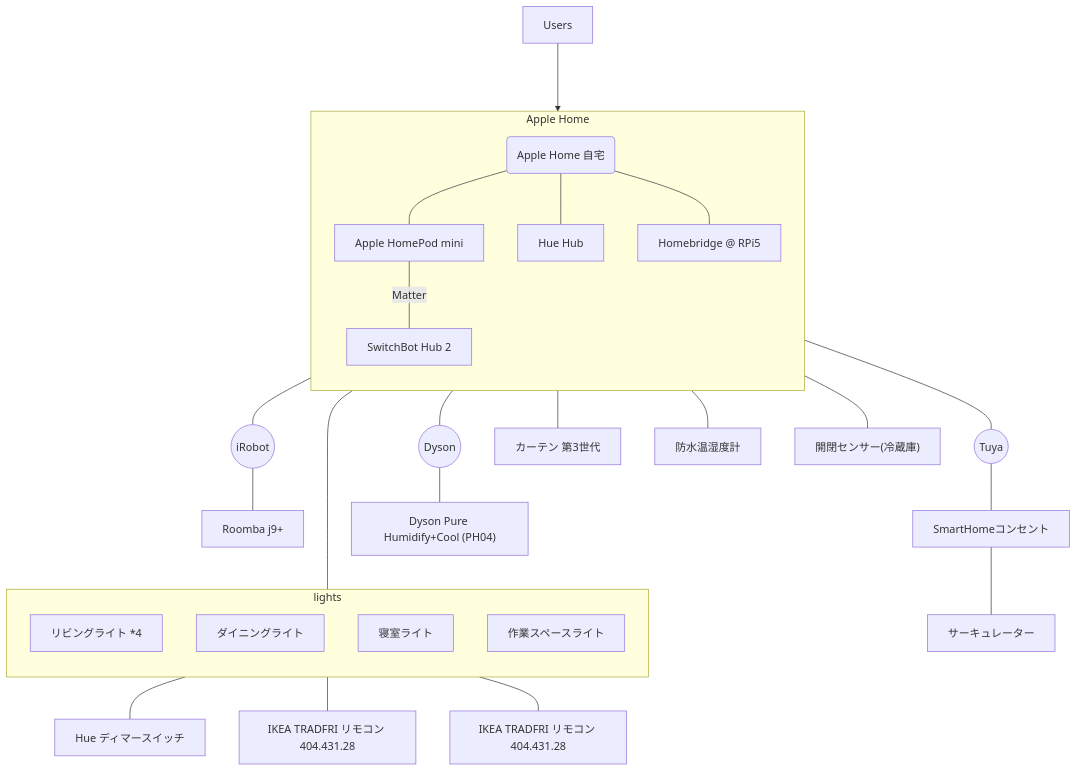
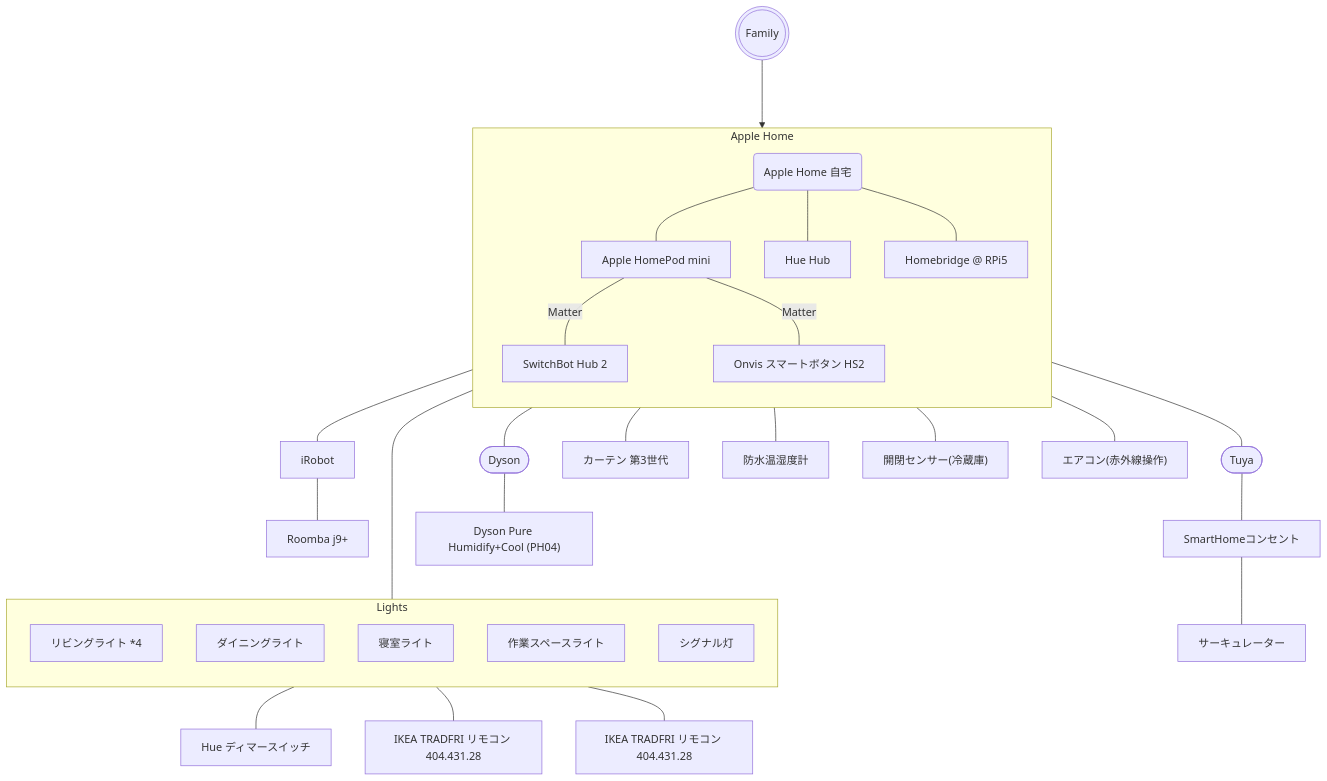
Before and after one commit to watahari/myHomeAutomation: the first of 4 diagrams in docs/SmartHome.md, drawn with Mermaid. The commit also changed other lines of this file and 1 other file, not shown here.

````diff
--- a/docs/SmartHome.md
+++ b/docs/SmartHome.md
@@ -4,37 +4,41 @@
 ```mermaid
 graph TB
-    Users ---> home
+    Family(((Family))) ---> Home
 
     subgraph Apple Home
         direction TB
-        home("Apple Home 自宅")
-        home --- homepod["Apple HomePod mini"]
-        switchbothub["SwitchBot Hub 2"]
+        Home("Apple Home 自宅")
+        Home --- Homepod["Apple HomePod mini"]
+        Switchbothub["SwitchBot Hub 2"]
 
-        home --- huehub["Hue Hub"]
-        home --- pi5hb["Homebridge @ RPi5"]
+        Home --- HueHub["Hue Hub"]
+        Home --- Pi5HB["Homebridge @ RPi5"]
 
-        homepod-- Matter ---switchbothub
+        Homepod-- Matter ---Switchbothub
+
+        Homepod-- Matter ---OnvisSW["Onvis スマートボタン HS2"]
     end
 
-    pi5hb --- irobot(("iRobot")) --- roomba["Roomba j9+"]
-    pi5hb --- tuya(("Tuya")) --- sh_uoutlet["SmartHomeコンセント"] --- fan["サーキュレーター"]
-    pi5hb --- dyson(("Dyson")) --- dysonHP["Dyson Pure Humidify+Cool (PH04)"]
+    Pi5HB --- iRobot --- Roomba["Roomba j9+"]
+    Pi5HB --- Tuya(["Tuya"]) --- SHOutlet["SmartHomeコンセント"] --- fan["サーキュレーター"]
+    Pi5HB --- Dyson(["Dyson"]) --- DysonHP["Dyson Pure Humidify+Cool (PH04)"]
 
-    switchbothub --- curtain["カーテン 第3世代"]
-    switchbothub --- sensor_out["防水温湿度計"]
-    switchbothub --- sensor_door["開閉センサー(冷蔵庫)"]
+    Switchbothub --- SWCurtain["カーテン 第3世代"]
+    Switchbothub --- SWSensorOut["防水温湿度計"]
+    Switchbothub --- SWSensorDoor["開閉センサー(冷蔵庫)"]
+    Switchbothub --- SWIRAircon["エアコン(赤外線操作)"]
 
-    subgraph lights
+    subgraph Lights
         direction TB
-        lights_living["リビングライト *4"]
-        lights_dining["ダイニングライト"]
-        lights_bedroom["寝室ライト"]
-        lights_officeroom["作業スペースライト"]
+        LightsLiving["リビングライト *4"]
+        LightsDining["ダイニングライト"]
+        LightsBedroom["寝室ライト"]
+        LightsOfficeRoom["作業スペースライト"]
+        LightsSignal["シグナル灯"]
     end
-    huehub ----- lights
+    HueHub ----- Lights
 
-    lights_living --- hue_sw["Hue ディマースイッチ"]
-    lights_dining --- ikea_sw1["IKEA TRADFRI リモコン 404.431.28"]
-    lights_bedroom --- ikea_sw2["IKEA TRADFRI リモコン 404.431.28"]
+    LightsLiving --- HueSw["Hue ディマースイッチ"]
+    LightsDining --- IkeaSw1["IKEA TRADFRI リモコン 404.431.28"]
+    LightsBedroom --- IkeaSw2["IKEA TRADFRI リモコン 404.431.28"]
 ```
````
